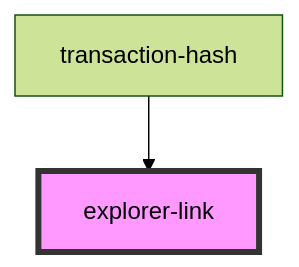
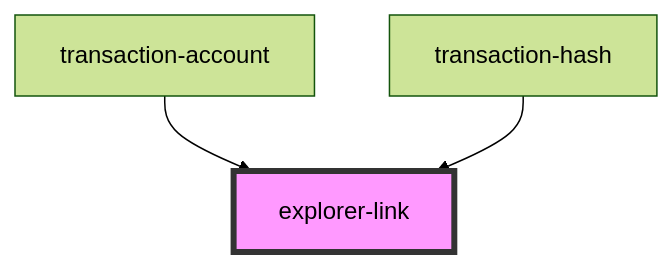
One commit to multiversx/mx-sdk-dapp-ui changed the diagram in src/components/explorer-link/readme.md. Above: the diagram before and after it, drawn with Mermaid (forest theme). The commit also changed other lines of this file and 27 other files, not shown here.

Commit message:
Added transaction account

````diff
--- a/src/components/explorer-link/readme.md
+++ b/src/components/explorer-link/readme.md
@@ -26,5 +27,6 @@
 ```mermaid
 graph TD;
+  transaction-account --> explorer-link
   transaction-hash --> explorer-link
   style explorer-link fill:#f9f,stroke:#333,stroke-width:4px
 ```
````
